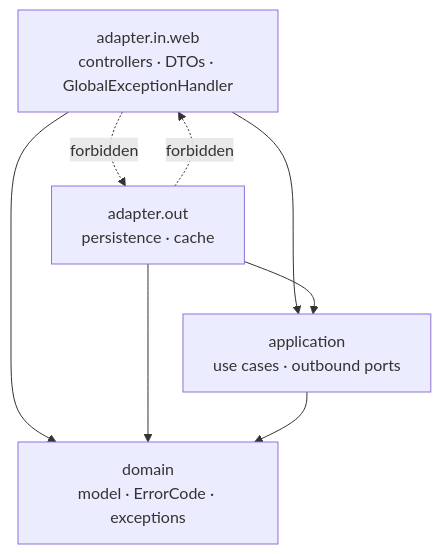
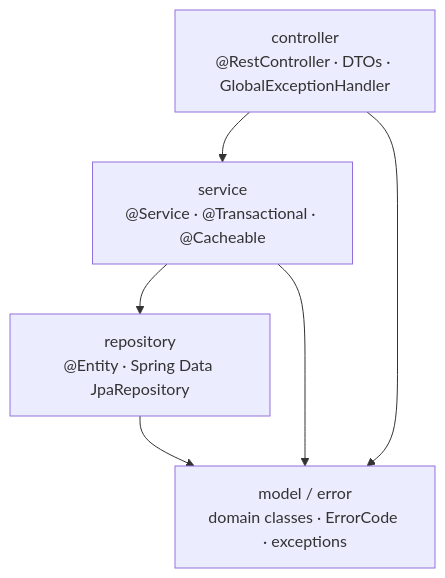
The first of 3 diagrams in _bmad-output/planning-artifacts/architecture/architecture-hl-backend-kotlin-starter-2026-09-07/ARCHITECTURE-SPINE.md (valyalkin/hl-backend-kotlin-starter), drawn with Mermaid before and after one commit. The commit also changed other lines of this file and 11 other files, not shown here.

First line of the commit message:
Add epic and story breakdown; refine PRD and architecture spine

````diff
--- a/_bmad-output/planning-artifacts/architecture/architecture-hl-backend-kotlin-starter-2026-09-07/ARCHITECTURE-SPINE.md
+++ b/_bmad-output/planning-artifacts/architecture/architecture-hl-backend-kotlin-starter-2026-09-07/ARCHITECTURE-SPINE.md
@@ -25,14 +25,12 @@
 ```mermaid
 graph TD
-    IN["adapter.in.web<br/>controllers · DTOs · GlobalExceptionHandler"]
-    APP["application<br/>use cases · outbound ports"]
-    DOM["domain<br/>model · ErrorCode · exceptions"]
-    OUT["adapter.out<br/>persistence · cache"]
-    IN --> APP
-    OUT --> APP
-    IN --> DOM
-    OUT --> DOM
-    APP --> DOM
-    IN -. forbidden .-> OUT
-    OUT -. forbidden .-> IN
+    C["controller<br/>@RestController · DTOs · GlobalExceptionHandler"]
+    S["service<br/>@Service · @Transactional · @Cacheable"]
+    M["model / error<br/>domain classes · ErrorCode · exceptions"]
+    R["repository<br/>@Entity · Spring Data JpaRepository"]
+    C --> S
+    S --> R
+    S --> M
+    C --> M
+    R --> M
 ```
````
